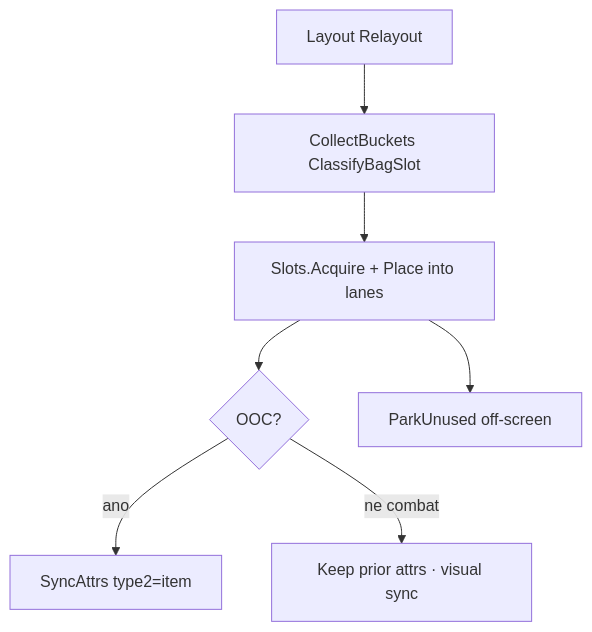
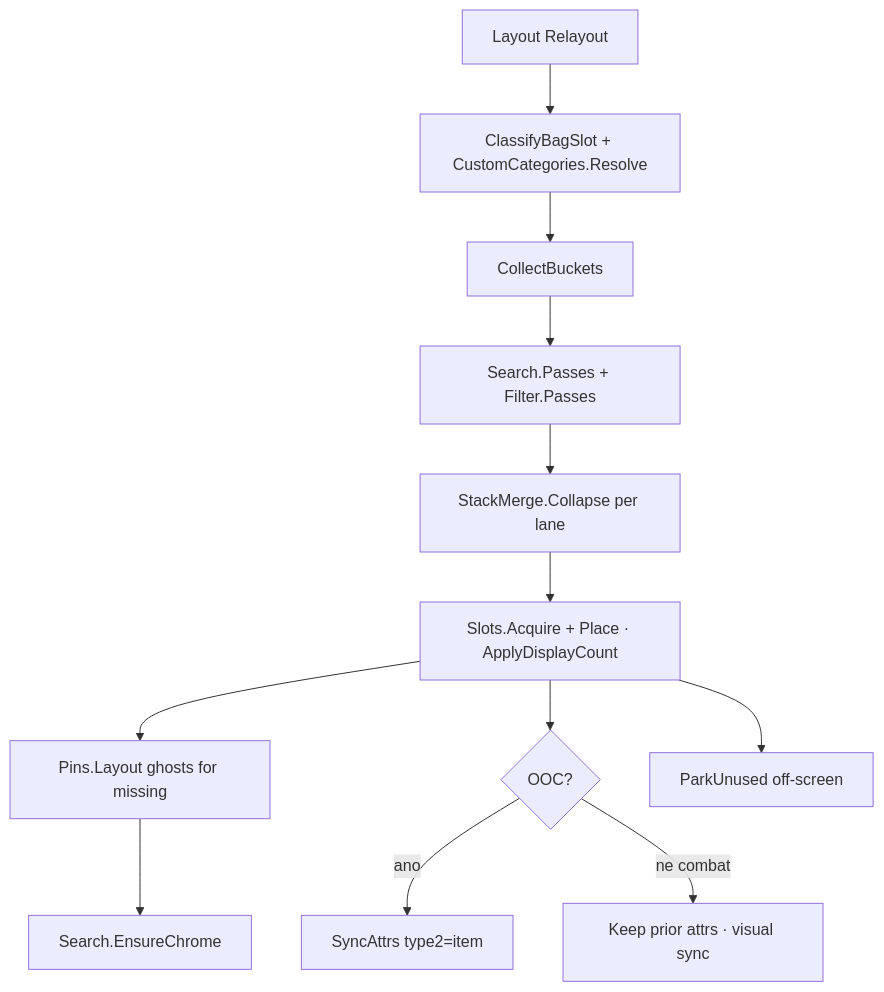
The second of 5 diagrams in addons/BetterBackpack/Docs/loops.md (sirTurbisCZ/wow-forever-addons), drawn with Mermaid before and after one commit. The commit also changed other lines of this file and 13 other files, not shown here.

First line of the commit message:
BetterBackpack 0.3.0-nth: search, filter, custom cats, stack merge, pins, layout modes

````diff
--- a/addons/BetterBackpack/Docs/loops.md
+++ b/addons/BetterBackpack/Docs/loops.md
@@ -41,10 +41,15 @@
 ```mermaid
 flowchart TD
   L[Layout Relayout]
-  L --> Buckets[CollectBuckets ClassifyBagSlot]
-  Buckets --> Place[Slots.Acquire + Place into lanes]
+  L --> Class[ClassifyBagSlot + CustomCategories.Resolve]
+  Class --> Buckets[CollectBuckets]
+  Buckets --> SF[Search.Passes + Filter.Passes]
+  SF --> Merge[StackMerge.Collapse per lane]
+  Merge --> Place[Slots.Acquire + Place · ApplyDisplayCount]
+  Place --> Pins[Pins.Layout ghosts for missing]
+  Pins --> Chrome[Search.EnsureChrome]
   Place --> Attrs{OOC?}
   Attrs -->|ano| Sync[SyncAttrs type2=item]
   Attrs -->|ne combat| Keep[Keep prior attrs · visual sync]
   Place --> Unused[ParkUnused off-screen]
 ```
````
